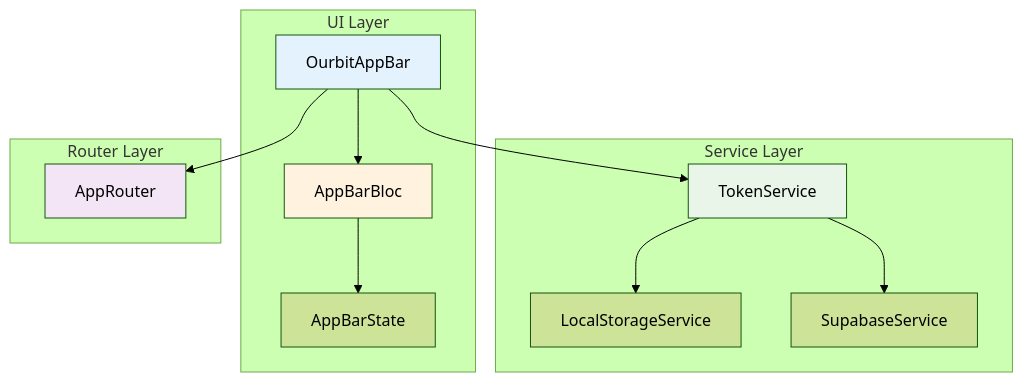
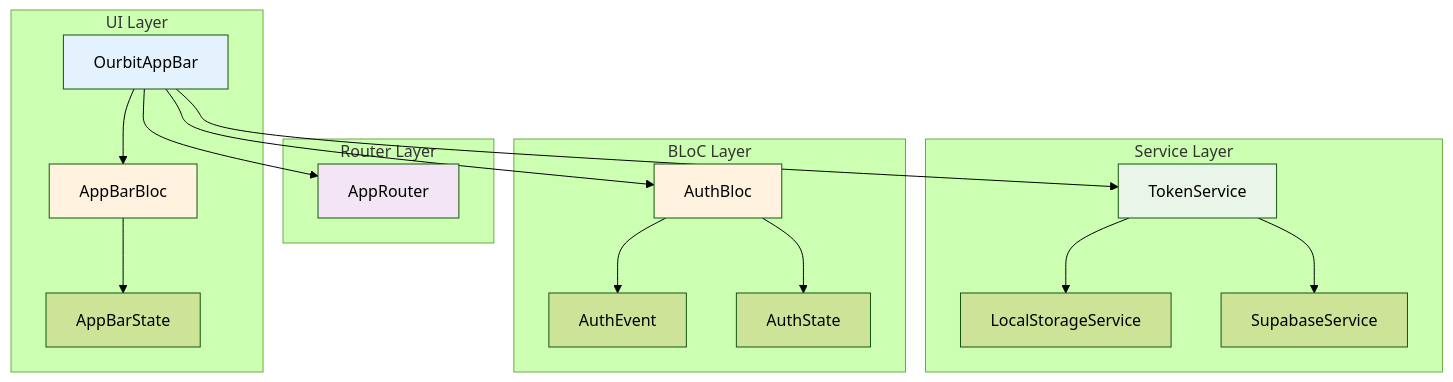
One commit to glenrynaldyhermanus/ourbit-pos changed the third of 7 diagrams in docs/specs/auth.md. Above: the diagram before and after it, drawn with Mermaid (forest theme). The commit also changed other lines of this file and 26 other files, not shown here.

````diff
--- a/docs/specs/auth.md
+++ b/docs/specs/auth.md
@@ -160,30 +160,40 @@
 ```mermaid
 graph TB
     subgraph "UI Layer"
         A[OurbitAppBar]
         B[AppBarBloc]
         C[AppBarState]
     end
 
     subgraph "Service Layer"
         D[TokenService]
         E[LocalStorageService]
         F[SupabaseService]
     end
 
     subgraph "Router Layer"
         G[AppRouter]
     end
 
+    subgraph "BLoC Layer"
+        H[AuthBloc]
+        I[AuthEvent]
+        J[AuthState]
+    end
+
     A --> B
     B --> C
     A --> D
     D --> E
     D --> F
     A --> G
+    A --> H
+    H --> I
+    H --> J
 
     style A fill:#e3f2fd
     style B fill:#fff3e0
     style D fill:#e8f5e8
     style G fill:#f3e5f5
+    style H fill:#fff3e0
 ```
````
